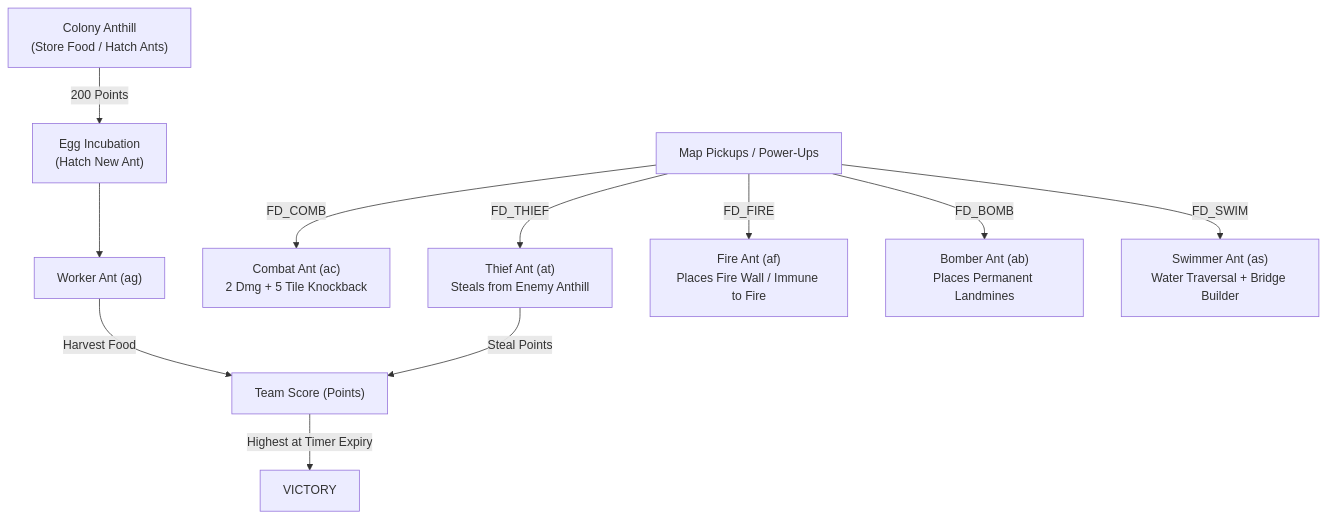
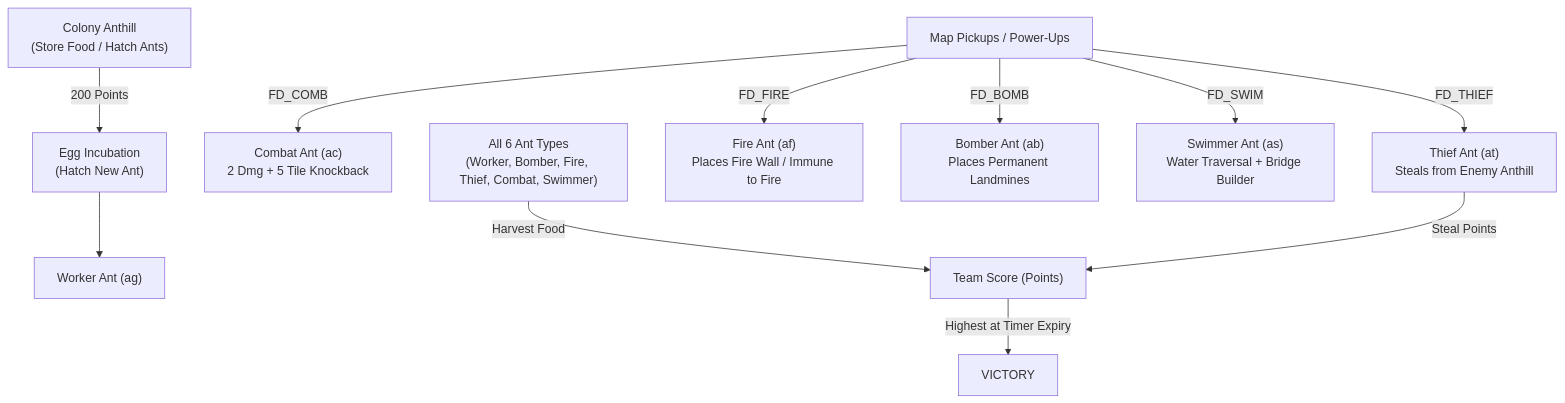
One commit to dchadd427/ants-cross-platform changed the diagram in docs/GAME_REVERSE_ENGINEERING.md. Above: the diagram before and after it, drawn with Mermaid. The commit also changed other lines of this file and 13 other files, not shown here.

Commit message:
fix(hud,combat,sim): restore authentic HUD buttons, combat guard AI, thief infiltration, and terrain feedback

````diff
--- a/docs/GAME_REVERSE_ENGINEERING.md
+++ b/docs/GAME_REVERSE_ENGINEERING.md
@@ -216,15 +216,15 @@
 ```mermaid
 graph TD
     Anthill["Colony Anthill<br/>(Store Food / Hatch Ants)"] -->|200 Points| Egg["Egg Incubation<br/>(Hatch New Ant)"]
     Egg --> Worker["Worker Ant (ag)"]
     
     MapPickup["Map Pickups / Power-Ups"] -->|FD_COMB| Combat["Combat Ant (ac)<br/>2 Dmg + 5 Tile Knockback"]
     MapPickup -->|FD_THIEF| Thief["Thief Ant (at)<br/>Steals from Enemy Anthill"]
     MapPickup -->|FD_FIRE| Fire["Fire Ant (af)<br/>Places Fire Wall / Immune to Fire"]
     MapPickup -->|FD_BOMB| Bomber["Bomber Ant (ab)<br/>Places Permanent Landmines"]
     MapPickup -->|FD_SWIM| Swimmer["Swimmer Ant (as)<br/>Water Traversal + Bridge Builder"]
     
-    Worker -->|Harvest Food| Score["Team Score (Points)"]
+    AllAnts["All 6 Ant Types<br/>(Worker, Bomber, Fire, Thief, Combat, Swimmer)"] -->|Harvest Food| Score["Team Score (Points)"]
     Thief -->|Steal Points| Score
     Score -->|Highest at Timer Expiry| Victory["VICTORY"]
 ```
````
